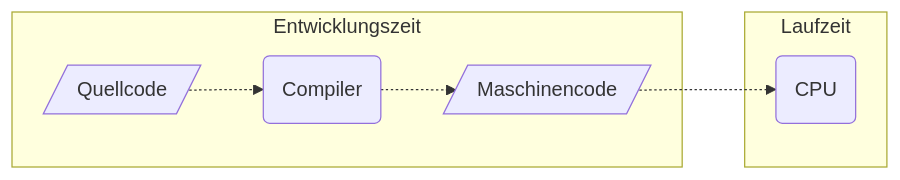
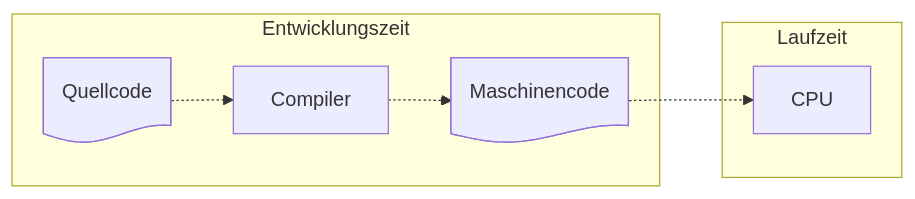
Before and after one commit to jappuccini/java-docs: the fifth of 7 diagrams in docs/documentation/coding.mdx, drawn with Mermaid. The commit also changed other lines of this file and 26 other files, not shown here.

Commit message:
Update Mermaid Format

````diff
--- a/docs/documentation/coding.mdx
+++ b/docs/documentation/coding.mdx
@@ -131,14 +130,14 @@
 ```mermaid
 flowchart LR
-    sourcecode[/Quellcode/]
-    machinecode[/Maschinencode/]
-    compiler(Compiler)
-    cpu(CPU)
-    subgraph Entwicklungszeit
-        sourcecode -.-> compiler -.-> machinecode
-    end
-    subgraph Laufzeit
-        cpu
-    end
-    machinecode -.-> cpu
+   sourcecode[Quellcode]@{ shape: doc }
+   machinecode[Maschinencode]@{ shape: doc }
+   compiler[Compiler]
+   cpu[CPU]
+   subgraph Entwicklungszeit
+      sourcecode -.-> compiler -.-> machinecode
+   end
+   subgraph Laufzeit
+      cpu
+   end
+   machinecode -.-> cpu
 ```
````
